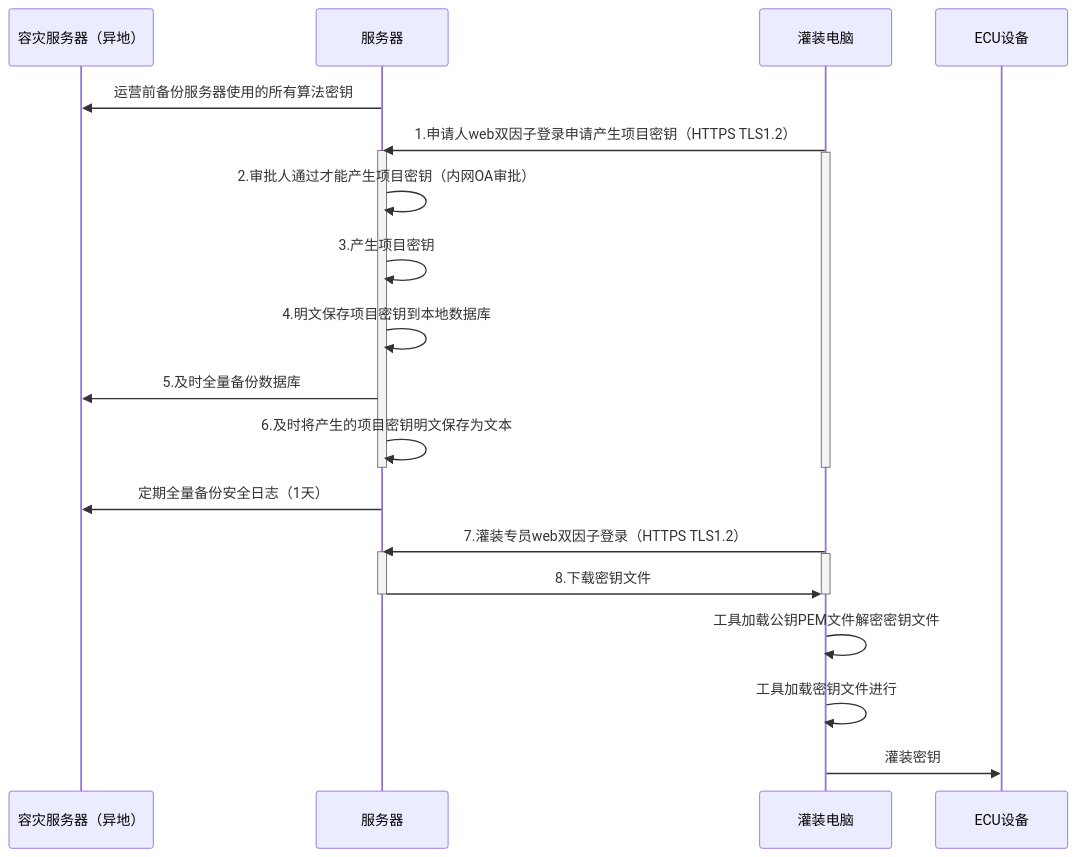
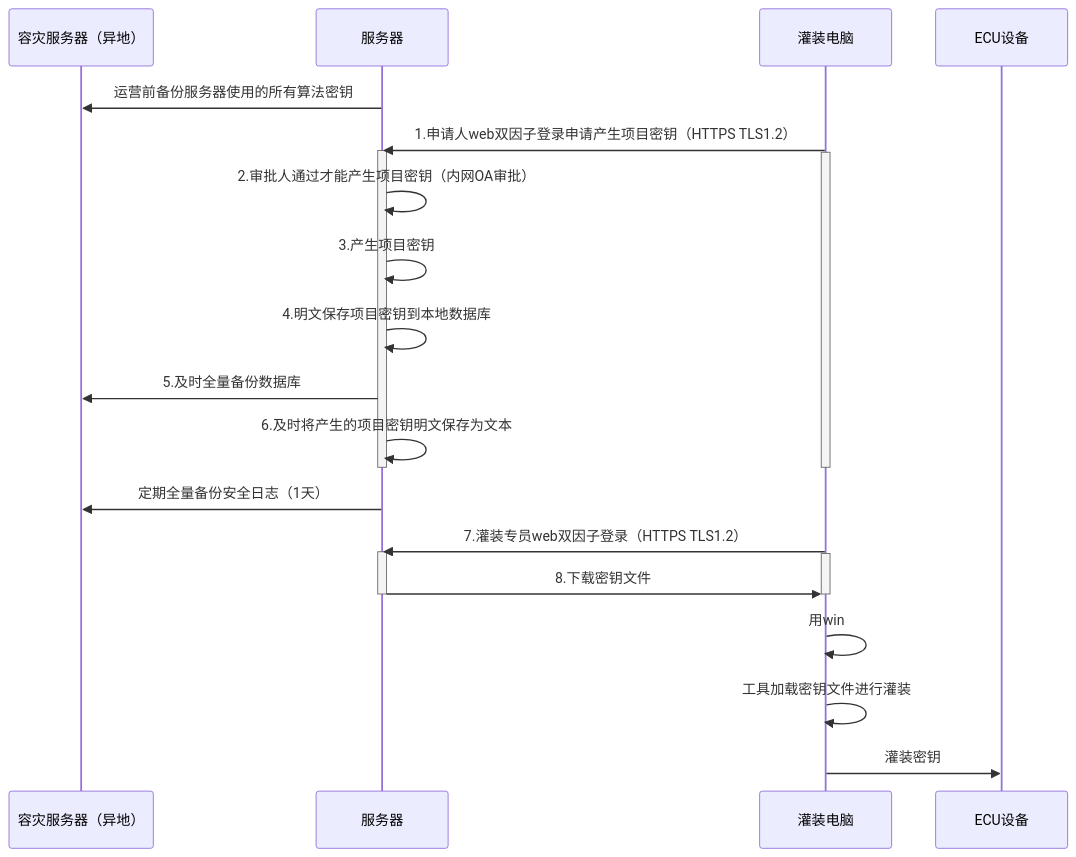
Before and after one commit to facebook-cloud/iodraw-files: the diagram in all/未命名-17.md, drawn with Mermaid.

Commit message:
2026-03-05 20:53:37 update

````diff
--- a/all/未命名-17.md
+++ b/all/未命名-17.md
@@ -1,33 +1,33 @@
 ```mermaid
 sequenceDiagram
     participant A as 容灾服务器（异地）
     participant B as 服务器
     participant D as 灌装电脑
     participant E as ECU设备
 
     B->>A: 运营前备份服务器使用的所有算法密钥
     D->>B: 1.申请人web双因子登录申请产生项目密钥（HTTPS TLS1.2）
     activate B
     activate D
     B->>B: 2.审批人通过才能产生项目密钥（内网OA审批）
     B->>B: 3.产生项目密钥
     B->>B: 4.明文保存项目密钥到本地数据库
     B->>A: 5.及时全量备份数据库
     B->>B: 6.及时将产生的项目密钥明文保存为文本
     deactivate B
     deactivate D
 
     B->>A: 定期全量备份安全日志（1天）
     
     D->>B: 7.灌装专员web双因子登录（HTTPS TLS1.2）
     activate B
     activate D
     B->>D: 8.下载密钥文件
     deactivate B
     deactivate D
 
-    D->>D:工具加载公钥PEM文件解密密钥文件
-    D->>D:工具加载密钥文件进行
+    D->>D:用win
+    D->>D:工具加载密钥文件进行灌装
     
     D->>E: 灌装密钥
 ```
````
